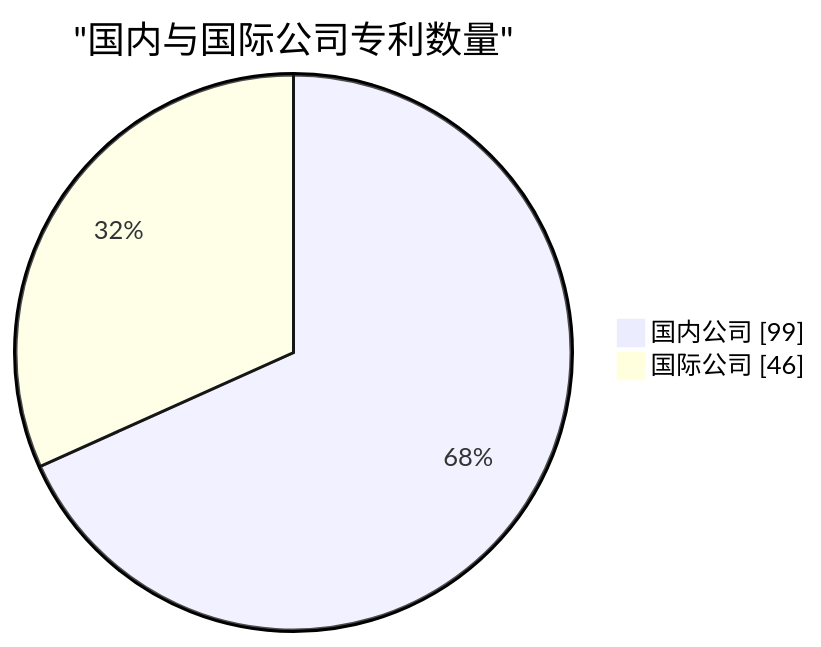
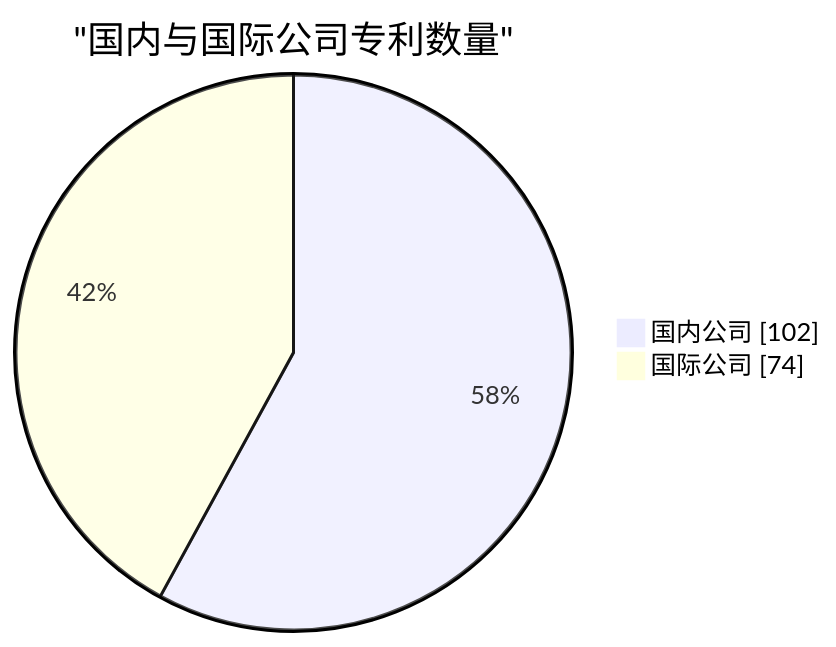
One commit to LinuxSuRen/awesome-patent changed the third of 3 diagrams in README.md. Above: the diagram before and after it, drawn with Mermaid. The commit also changed other lines of this file and 31 other files, not shown here.

````diff
--- a/README.md
+++ b/README.md
@@ -193,6 +224,6 @@
 ```mermaid
 pie showData
     title "国内与国际公司专利数量"
-    "国内公司" : 99
-    "国际公司" : 46
+    "国内公司" : 102
+    "国际公司" : 74
 ```
````
